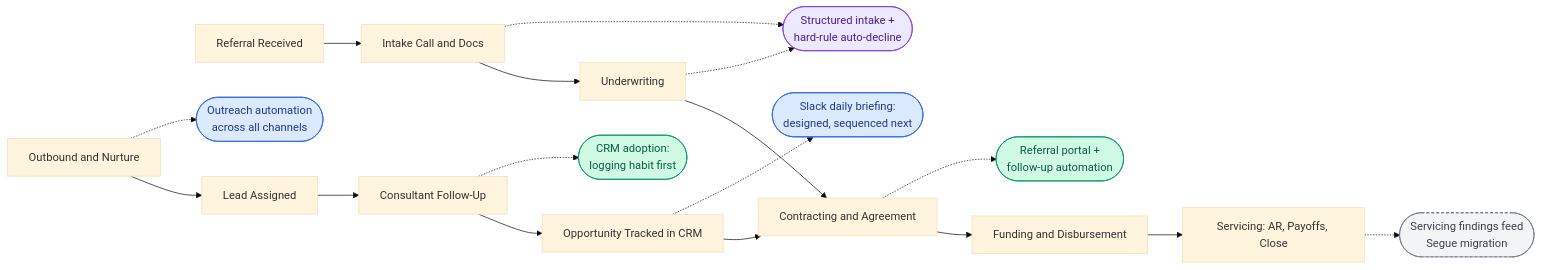
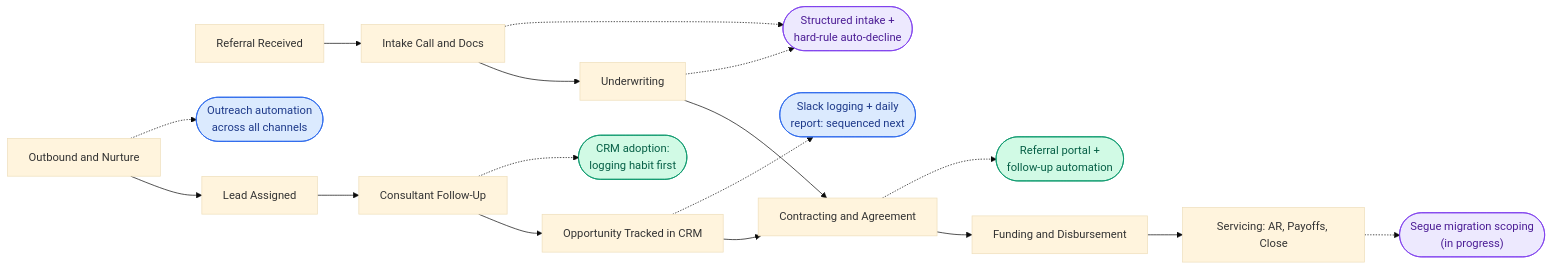
One commit to jsaponara42/ai-assistant-doc-storage changed the first of 8 diagrams in business/projects/client-projects/26061201_capital-financing/client-facing-deliverables/20260910_capital-financing-opportunity-map-final.md. Above: the diagram before and after it, drawn with Mermaid (base theme). The commit also changed other lines of this file, not shown here.

````diff
--- a/business/projects/client-projects/26061201_capital-financing/client-facing-deliverables/20260910_capital-financing-opportunity-map-final.md
+++ b/business/projects/client-projects/26061201_capital-financing/client-facing-deliverables/20260910_capital-financing-opportunity-map-final.md
@@ -69,34 +71,34 @@
 ```mermaid
 flowchart LR
     classDef quickwin fill:#d1fae5,stroke:#059669,color:#065f46
     classDef nearterm fill:#dbeafe,stroke:#2563eb,color:#1e3a8a
     classDef strategic fill:#ede9fe,stroke:#7c3aed,color:#4c1d95
     classDef decision fill:#f3f4f6,stroke:#6b7280,color:#374151,stroke-dasharray: 4 3
 
     Ref[Referral Received] --> In[Intake Call and Docs]
     In --> UW[Underwriting]
     UW --> Ct[Contracting and Agreement]
     Ct --> Fd[Funding and Disbursement]
     Fd --> Sv[Servicing: AR, Payoffs, Close]
 
     Lead[Lead Assigned] --> Fol[Consultant Follow-Up]
     Fol --> Opp[Opportunity Tracked in CRM]
     Opp --> Ct
 
     Mkt[Outbound and Nurture] --> Lead
 
     In -.-> O1(["Structured intake +\nhard-rule auto-decline"])
     UW -.-> O1
     Ct -.-> O2(["Referral portal +\nfollow-up automation"])
-    Sv -.-> O3(["Servicing findings feed\nSegue migration"])
+    Sv -.-> O3(["Segue migration scoping\n(in progress)"])
     Fol -.-> O4(["CRM adoption:\nlogging habit first"])
-    Opp -.-> O5(["Slack daily briefing:\ndesigned, sequenced next"])
+    Opp -.-> O5(["Slack logging + daily\nreport: sequenced next"])
     Mkt -.-> O6(["Outreach automation\nacross all channels"])
 
     class O1 strategic
     class O2 quickwin
-    class O3 decision
+    class O3 strategic
     class O4 quickwin
     class O5 nearterm
     class O6 nearterm
 ```
````
